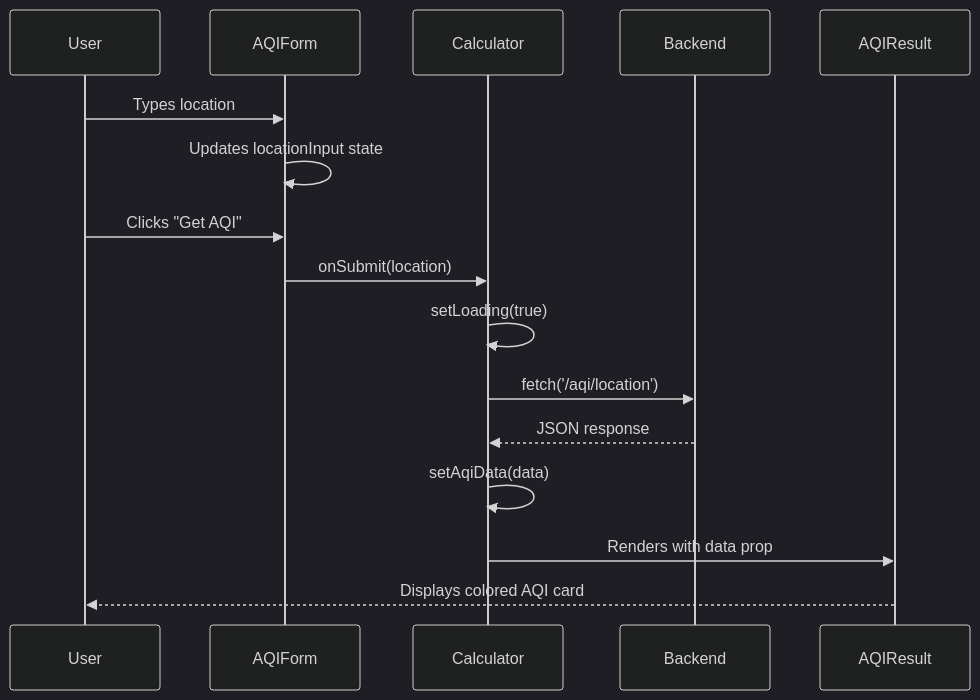
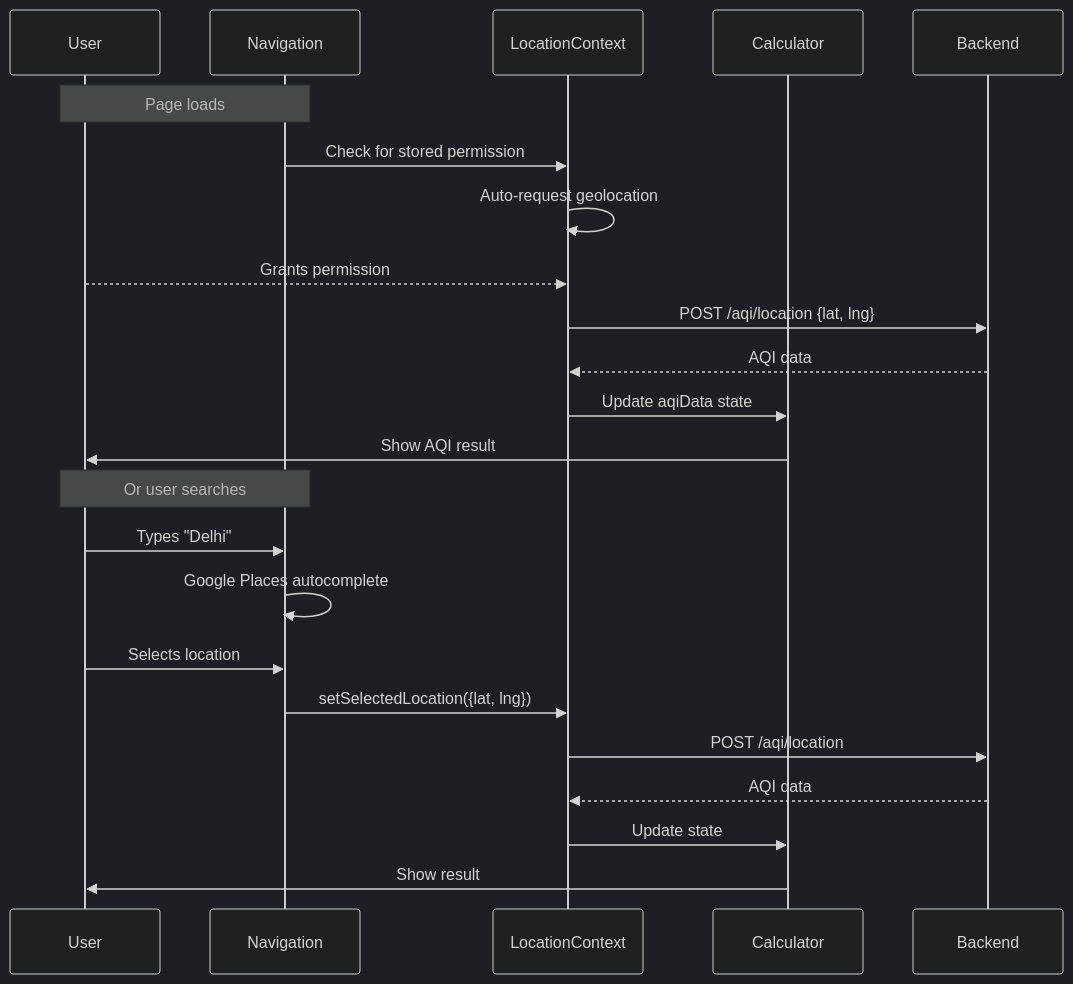
The fifth of 5 diagrams in frontend/README.md (theaiguy1987/aqi_app), drawn with Mermaid (dark theme) before and after one commit. The commit also changed other lines of this file and 14 other files, not shown here.

First line of the commit message:
refactor(ui): compact AQI card design and fix mobile dropdown selection

````diff
--- a/frontend/README.md
+++ b/frontend/README.md
@@ -518,19 +584,27 @@
 ```mermaid
 sequenceDiagram
     participant User
-    participant AQIForm
+    participant Navigation
+    participant LocationContext
     participant Calculator
     participant Backend
-    participant AQIResult
 
-    User->>AQIForm: Types location
-    AQIForm->>AQIForm: Updates locationInput state
-    User->>AQIForm: Clicks "Get AQI"
-    AQIForm->>Calculator: onSubmit(location)
-    Calculator->>Calculator: setLoading(true)
-    Calculator->>Backend: fetch('/aqi/location')
-    Backend-->>Calculator: JSON response
-    Calculator->>Calculator: setAqiData(data)
-    Calculator->>AQIResult: Renders with data prop
-    AQIResult-->>User: Displays colored AQI card
+    Note over User,Navigation: Page loads
+    Navigation->>LocationContext: Check for stored permission
+    LocationContext->>LocationContext: Auto-request geolocation
+    User-->>LocationContext: Grants permission
+    LocationContext->>Backend: POST /aqi/location {lat, lng}
+    Backend-->>LocationContext: AQI data
+    LocationContext->>Calculator: Update aqiData state
+    Calculator->>User: Show AQI result
+
+    Note over User,Navigation: Or user searches
+    User->>Navigation: Types "Delhi"
+    Navigation->>Navigation: Google Places autocomplete
+    User->>Navigation: Selects location
+    Navigation->>LocationContext: setSelectedLocation({lat, lng})
+    LocationContext->>Backend: POST /aqi/location
+    Backend-->>LocationContext: AQI data
+    LocationContext->>Calculator: Update state
+    Calculator->>User: Show result
 ```
````
